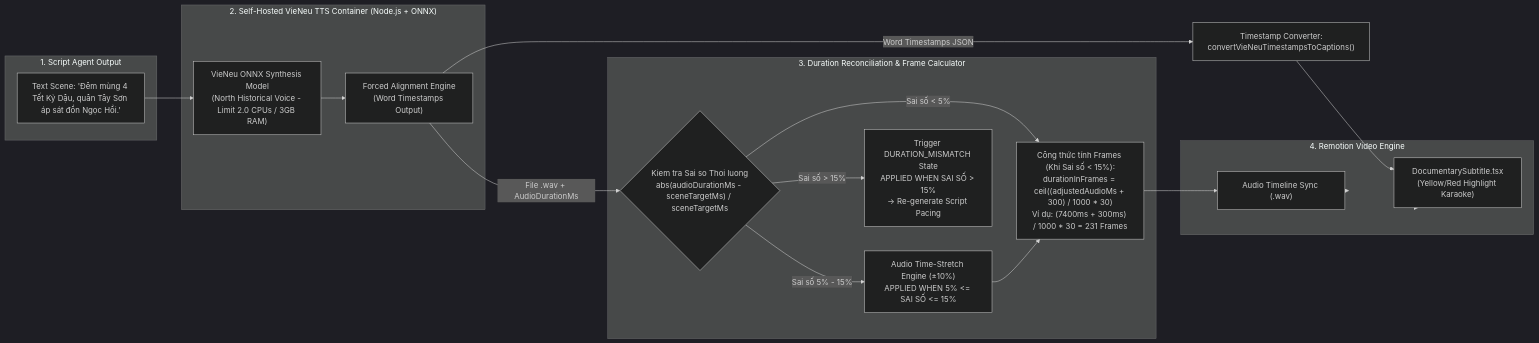
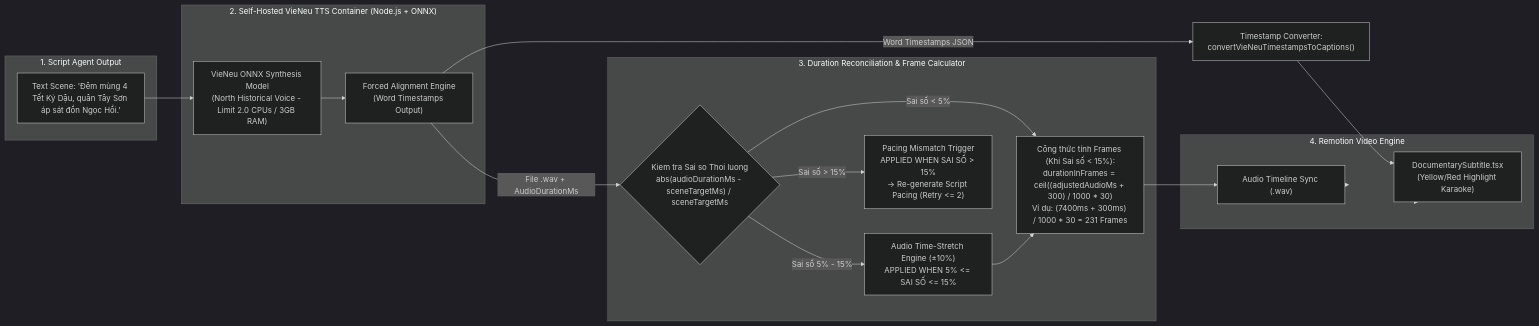
The fifth of 6 diagrams in docs/architecture/CHRONOVIET_ARCHITECTURE_DIAGRAMS.md (TCTri205/ChronoViet), drawn with Mermaid (dark theme) before and after one commit. The commit also changed other lines of this file and 65 other files, not shown here.

````diff
--- a/docs/architecture/CHRONOVIET_ARCHITECTURE_DIAGRAMS.md
+++ b/docs/architecture/CHRONOVIET_ARCHITECTURE_DIAGRAMS.md
@@ -232,37 +240,37 @@
 ```mermaid
 flowchart LR
     subgraph ScriptInput["1. Script Agent Output"]
         TextContent["Text Scene: 'Đêm mùng 4 Tết Kỷ Dậu, quân Tây Sơn áp sát đồn Ngọc Hồi.'"]
     end
 
     subgraph VieNeuEngine["2. Self-Hosted VieNeu TTS Container (Node.js + ONNX)"]
         TTSModel["VieNeu ONNX Synthesis Model\n(North Historical Voice - Limit 2.0 CPUs / 3GB RAM)"]
         WhisperAlign["Forced Alignment Engine\n(Word Timestamps Output)"]
     end
 
     subgraph SyncMath["3. Duration Reconciliation & Frame Calculator"]
         DurationCheck{"Kiem tra Sai so Thoi luong\nabs(audioDurationMs - sceneTargetMs) / sceneTargetMs"}
         TimeStretch["Audio Time-Stretch Engine (±10%)\nAPPLIED WHEN 5% <= SAI SỐ <= 15%"]
         DurationMath["Công thức tính Frames (Khi Sai số < 15%):\ndurationInFrames = ceil((adjustedAudioMs + 300) / 1000 * 30)\nVí dụ: (7400ms + 300ms) / 1000 * 30 = 231 Frames"]
-        MismatchTrigger["Trigger DURATION_MISMATCH State\nAPPLIED WHEN SAI SỐ > 15%\n-> Re-generate Script Pacing"]
+        MismatchTrigger["Pacing Mismatch Trigger\nAPPLIED WHEN SAI SỐ > 15%\n-> Re-generate Script Pacing (Retry <= 2)"]
     end
 
     subgraph RemotionOutput["4. Remotion Video Engine"]
         TimelineSync["Audio Timeline Sync (.wav)"]
         KaraokeSubtitle["DocumentarySubtitle.tsx\n(Yellow/Red Highlight Karaoke)"]
     end
 
     TextContent --> TTSModel
     TTSModel --> WhisperAlign
     WhisperAlign -->|File .wav + AudioDurationMs| DurationCheck
     
     DurationCheck -- Sai số < 5% --> DurationMath
     DurationCheck -- Sai số 5% - 15% --> TimeStretch --> DurationMath
     DurationCheck -- Sai số > 15% --> MismatchTrigger
     
     WhisperAlign -->|Word Timestamps JSON| CaptionConverter["Timestamp Converter:\nconvertVieNeuTimestampsToCaptions()"]
 
     DurationMath --> TimelineSync
     CaptionConverter --> KaraokeSubtitle
     TimelineSync & KaraokeSubtitle --> RemotionOutput
 ```
````
